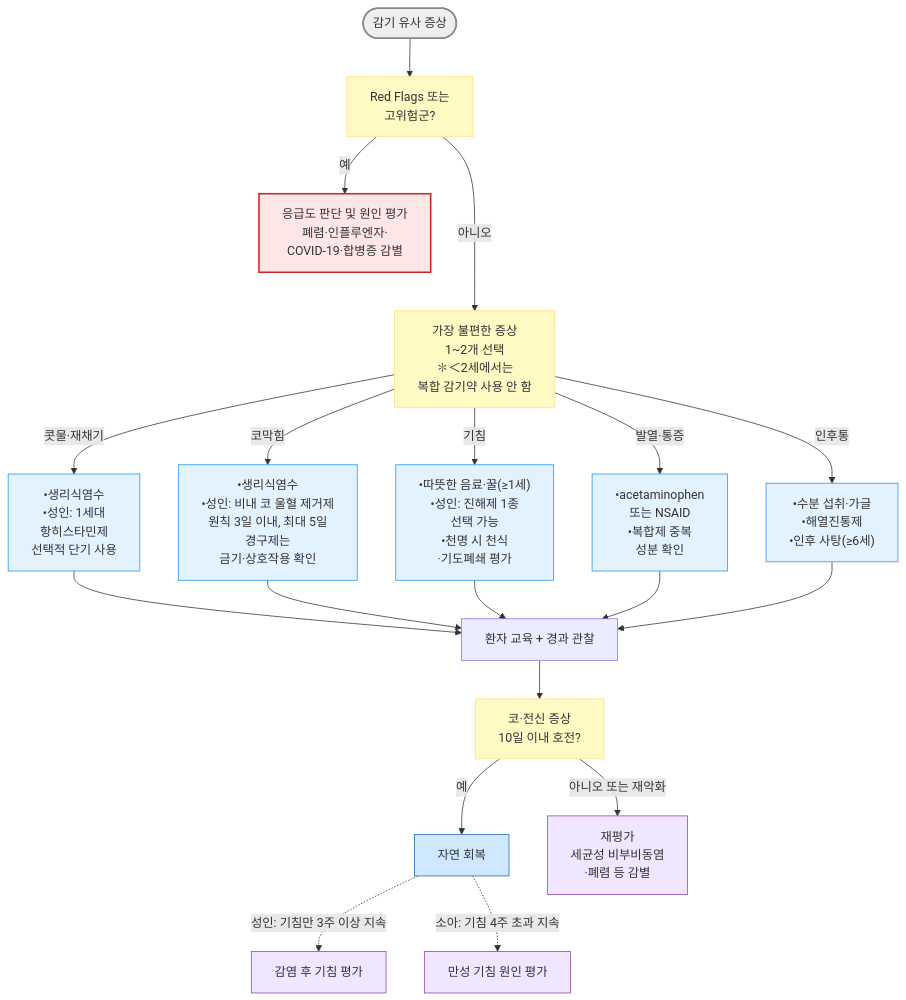
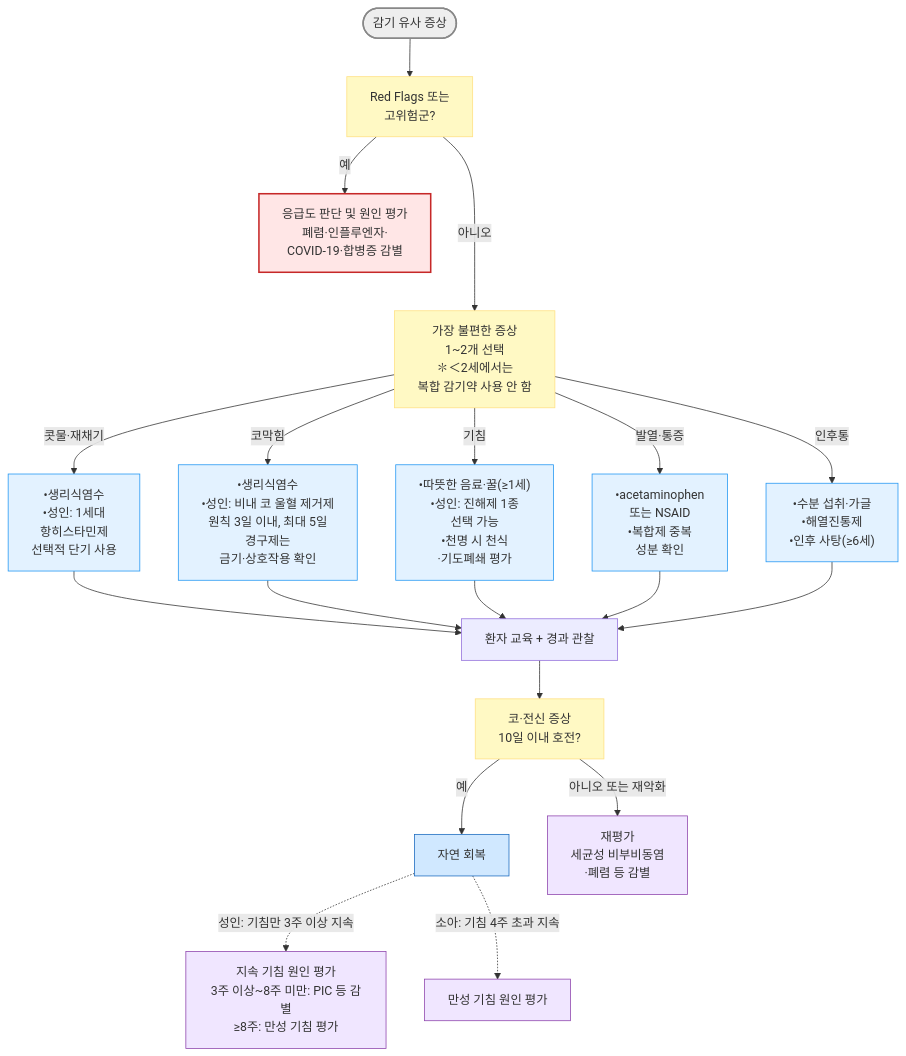
One commit to familyoh77/familyoh77 changed the diagram in 223_/060_-common-cold.md. Above: the diagram before and after it, drawn with Mermaid. The commit also changed other lines of this file and 2 other files, not shown here.

````diff
--- a/223_/060_-common-cold.md
+++ b/223_/060_-common-cold.md
@@ -145,31 +149,31 @@
 ```mermaid
 flowchart TD
     A(["감기 유사 증상"]) --> X["Red Flags 또는<br/>고위험군?"]
     X -->|예| E["응급도 판단 및 원인 평가<br/>폐렴·인플루엔자·<br/>COVID-19·합병증 감별"]
     X --->|아니오| B["가장 불편한 증상<br/>1~2개 선택<br/>✽＜2세에서는 <br/>복합 감기약 사용 안 함"]
     B -->|콧물·재채기| R["•생리식염수<br/>•성인: 1세대 <br/>항히스타민제<br/>선택적 단기 사용"]
     B -->|코막힘| C["•생리식염수<br/>•성인: 비내 코 울혈 제거제<br/>원칙 3일 이내, 최대 5일<br/>경구제는<br/>금기·상호작용 확인"]
     B -->|기침| K["•따뜻한 음료·꿀(≥1세)<br/>•성인: 진해제 1종<br/> 선택 가능<br/>•천명 시 천식<br/>·기도폐쇄 평가"]
     B -->|발열·통증| F["•acetaminophen <br/>또는 NSAID<br/>•복합제 중복<br/>성분 확인"]
     B -->|인후통| S["•수분 섭취·가글<br/>•해열진통제<br/>•인후 사탕(≥6세)"]
     R --> Z["환자 교육 + 경과 관찰"]
     C --> Z
     K --> Z
     F --> Z
     S --> Z
     Z --> Y["코·전신 증상<br/>10일 이내 호전?"]
     Y -->|예| END["자연 회복"]
     Y -->|아니오 또는 재악화| RE["재평가<br/>세균성 비부비동염<br/>·폐렴 등 감별"]
-    END -.->|성인: 기침만 3주 이상 지속| PIC["감염 후 기침 평가"]
+    END -.->|성인: 기침만 3주 이상 지속| PIC["지속 기침 원인 평가<br/>3주 이상~8주 미만: PIC 등 감별<br/>≥8주: 만성 기침 평가"]
     END -.->|소아: 기침 4주 초과 지속| PC["만성 기침 원인 평가"]
     style A fill:#eeeeee,stroke:#888888,stroke-width:2px
     style E fill:#ffe6e6,stroke:#c62828,stroke-width:2px
     classDef yellow fill:#fff9c4,stroke:#ffe082
     class X,B,Y yellow
     classDef sky fill:#e3f2ff,stroke:#2196f3
     class R,C,K,F,S sky
     style END fill:#d0e8ff,stroke:#1a6abf
     style RE fill:#f0e6ff,stroke:#8e44ad
     style PIC fill:#f0e6ff,stroke:#8e44ad
     style PC fill:#f0e6ff,stroke:#8e44ad
 ```
````
